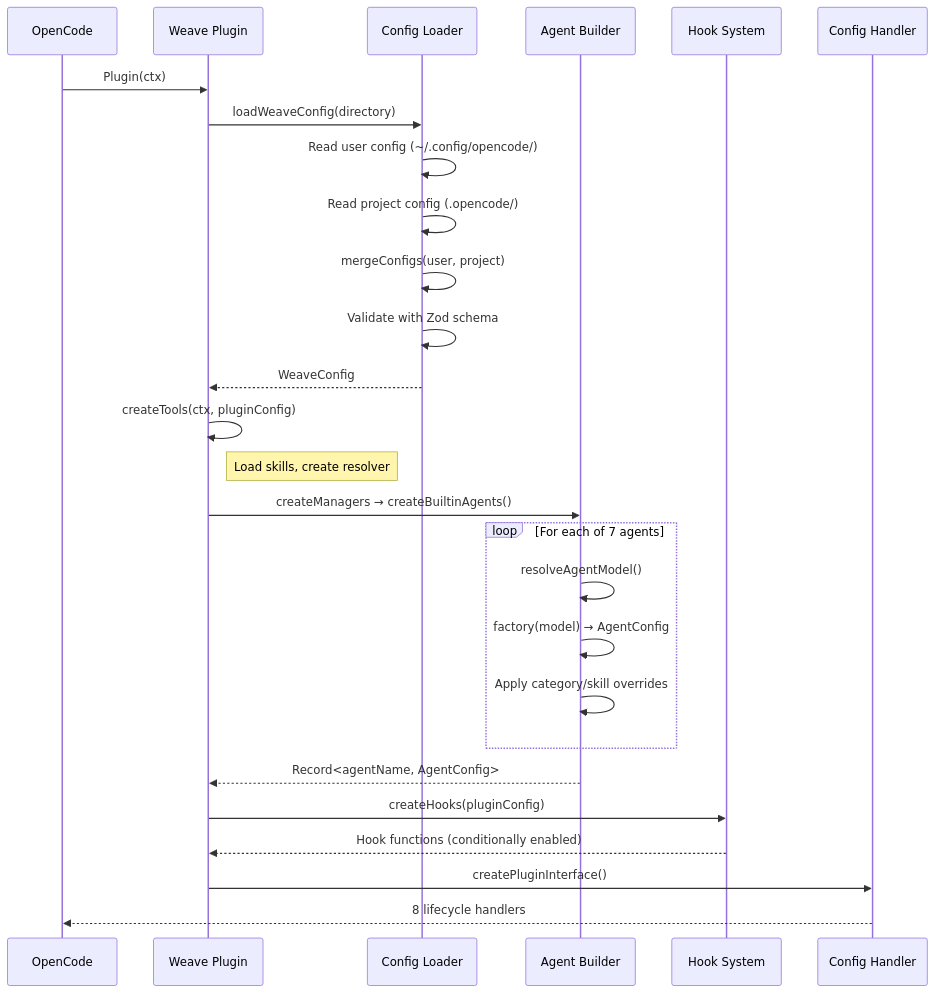
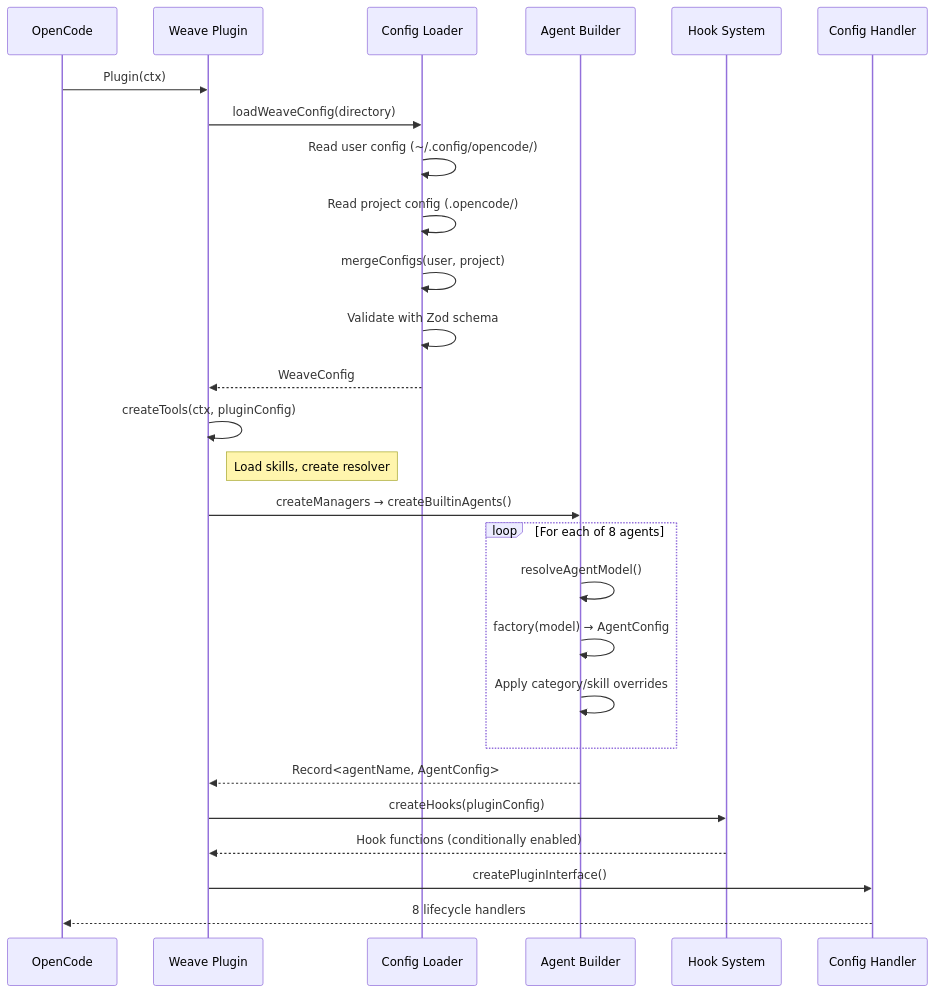
The first of 2 diagrams in docs/architecture.md (pgermishuys/opencode-weave), drawn with Mermaid before and after one commit. The commit also changed other lines of this file and 19 other files, not shown here.

````diff
--- a/docs/architecture.md
+++ b/docs/architecture.md
@@ -41,34 +41,34 @@
 ```mermaid
 sequenceDiagram
     participant OC as OpenCode
     participant W as Weave Plugin
     participant CL as Config Loader
     participant AB as Agent Builder
     participant HL as Hook System
     participant CH as Config Handler
 
     OC->>W: Plugin(ctx)
     W->>CL: loadWeaveConfig(directory)
     CL->>CL: Read user config (~/.config/opencode/)
     CL->>CL: Read project config (.opencode/)
     CL->>CL: mergeConfigs(user, project)
     CL->>CL: Validate with Zod schema
     CL-->>W: WeaveConfig
 
     W->>W: createTools(ctx, pluginConfig)
     Note right of W: Load skills, create resolver
 
     W->>AB: createManagers → createBuiltinAgents()
-    loop For each of 7 agents
+    loop For each of 8 agents
         AB->>AB: resolveAgentModel()
         AB->>AB: factory(model) → AgentConfig
         AB->>AB: Apply category/skill overrides
     end
     AB-->>W: Record<agentName, AgentConfig>
 
     W->>HL: createHooks(pluginConfig)
     HL-->>W: Hook functions (conditionally enabled)
 
     W->>CH: createPluginInterface()
     CH-->>OC: 8 lifecycle handlers
 ```
````
